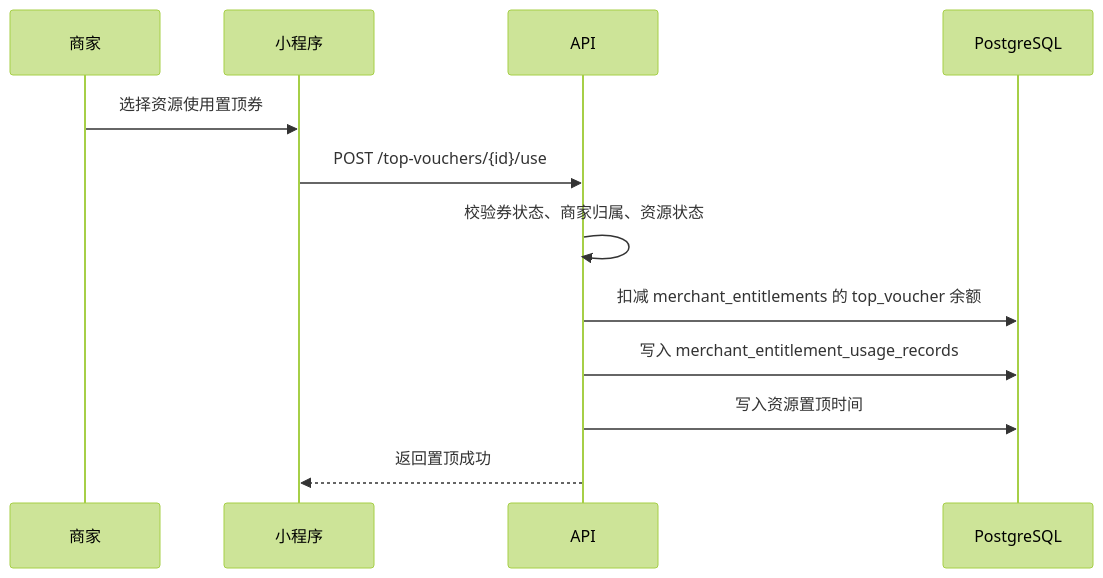
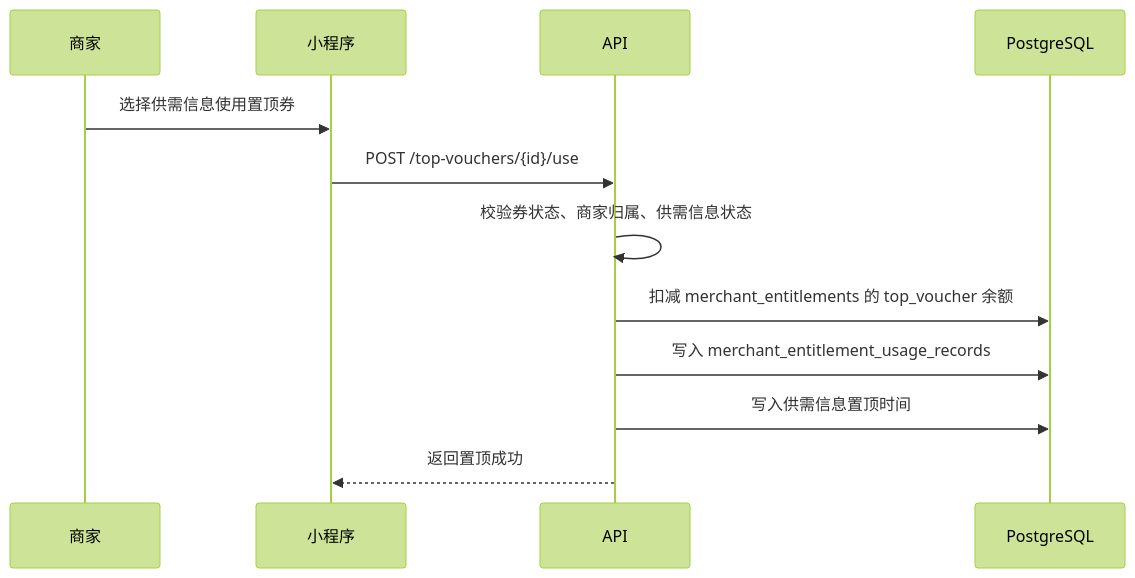
One commit to tourdt/wplink changed the fourth of 4 diagrams in docs/product/technical-architecture.md. Above: the diagram before and after it, drawn with Mermaid (forest theme). The commit also changed other lines of this file and 54 other files, not shown here.

````diff
--- a/docs/product/technical-architecture.md
+++ b/docs/product/technical-architecture.md
@@ -391,15 +391,15 @@
 ```mermaid
 sequenceDiagram
   participant M as 商家
   participant W as 小程序
   participant A as API
   participant D as PostgreSQL
 
-  M->>W: 选择资源使用置顶券
+  M->>W: 选择供需信息使用置顶券
   W->>A: POST /top-vouchers/{id}/use
-  A->>A: 校验券状态、商家归属、资源状态
+  A->>A: 校验券状态、商家归属、供需信息状态
   A->>D: 扣减 merchant_entitlements 的 top_voucher 余额
   A->>D: 写入 merchant_entitlement_usage_records
-  A->>D: 写入资源置顶时间
+  A->>D: 写入供需信息置顶时间
   A-->>W: 返回置顶成功
 ```
````
